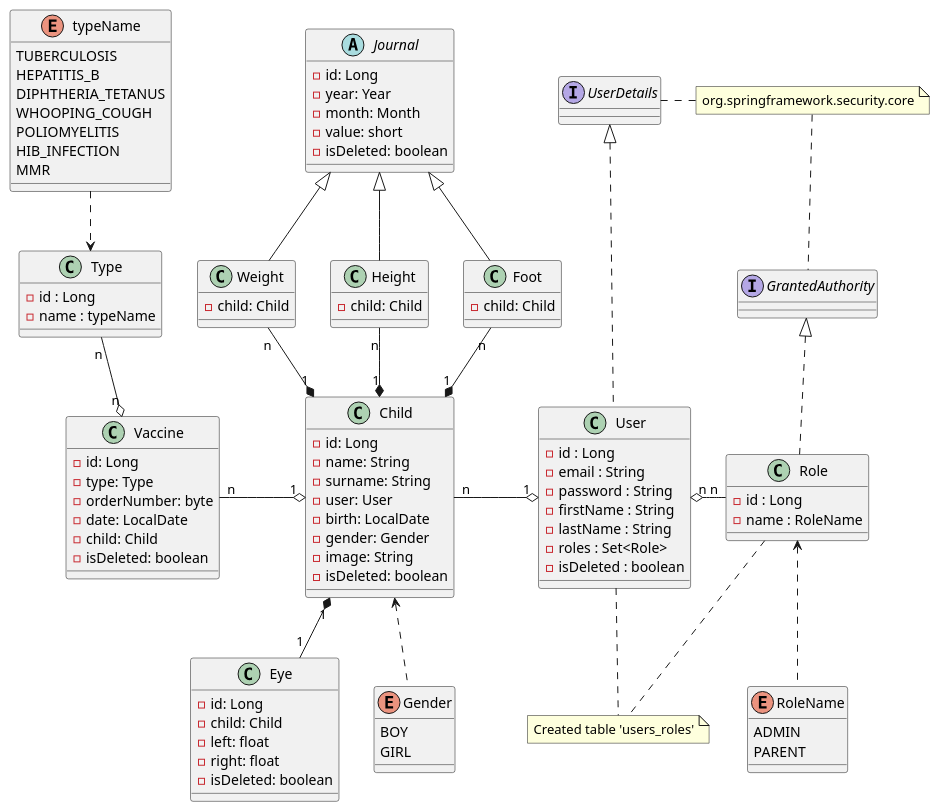
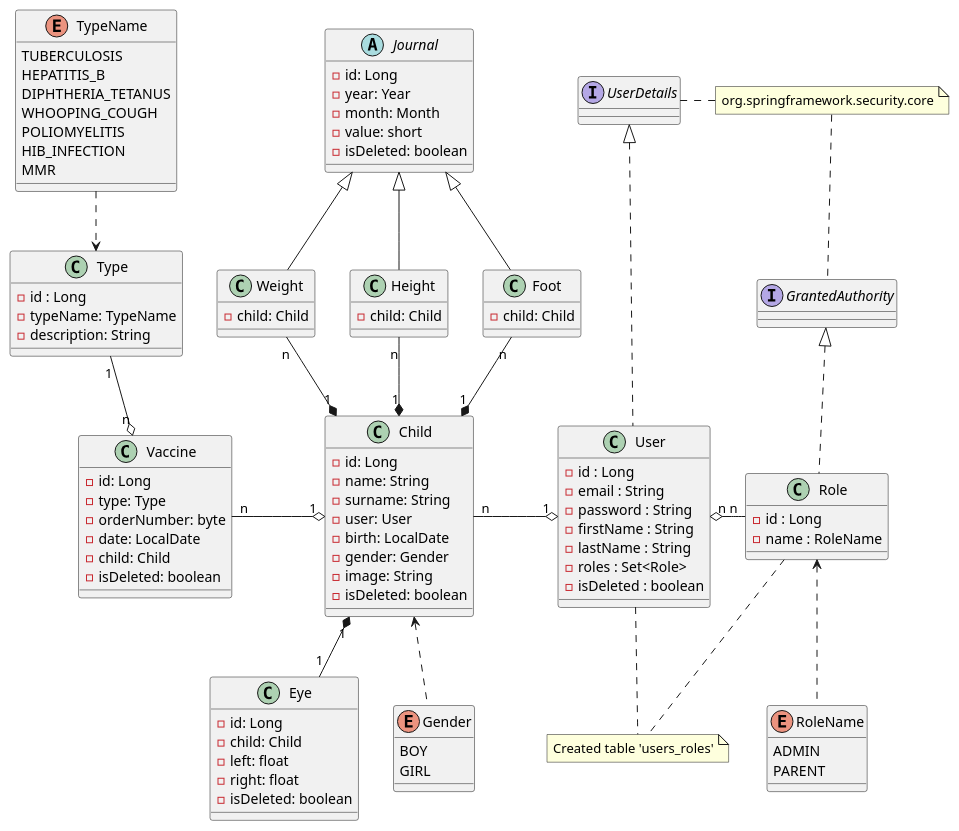
One commit to fe-july-91/kidti changed the diagram in modelUML.puml. Above: the diagram before and after it, drawn with PlantUML. The commit also changed 10 other files, not shown here.

```diff
--- a/modelUML.puml
+++ b/modelUML.puml
@@ -1,121 +1,122 @@
 @startuml
 'https://plantuml.com/class-diagram
 
 interface UserDetails
 interface GrantedAuthority
 
 class User {
 - id : Long
 - email : String
 - password : String
 - firstName : String
 - lastName : String
 - roles : Set<Role>
 - isDeleted : boolean
 }
 
 class Role {
 - id : Long
 - name : RoleName
 }
 
 enum RoleName {
 ADMIN
 PARENT
 }
 
 class Child {
 - id: Long
 - name: String
 - surname: String
 - user: User
 - birth: LocalDate
 - gender: Gender
 - image: String
 - isDeleted: boolean
 }
 
 class Eye {
 - id: Long
 - child: Child
 - left: float
 - right: float
 - isDeleted: boolean
 }
 
 enum Gender {
 BOY
 GIRL
 }
 
 abstract class Journal {
 - id: Long
 - year: Year
 - month: Month
 - value: short
 - isDeleted: boolean
 }
 
 class Weight {
 - child: Child
 }
 
 class Height {
 - child: Child
 }
 
 class Foot {
 - child: Child
 }
 
 class Type {
 - id : Long
-- name : typeName
+- typeName: TypeName
+- description: String
 }
 
-enum typeName {
+enum TypeName {
 TUBERCULOSIS
 HEPATITIS_B
 DIPHTHERIA_TETANUS
 WHOOPING_COUGH
 POLIOMYELITIS
 HIB_INFECTION
 MMR
 }
 
 class Vaccine {
 - id: Long
 - type: Type
 - orderNumber: byte
 - date: LocalDate
 - child: Child
 - isDeleted: boolean
 }
 
 Journal <|-- Weight
 Journal <|-- Height
 Journal <|-- Foot
 Weight "n" --* "1" Child
 Height "n" --* "1" Child
 Foot "n" --* "1" Child
-Type "n" --o "n" Vaccine
+Type "1" --o "n" Vaccine
 Vaccine "n" -o "1" Child
 Child "1" *-- "1" Eye
 Child "n" -o "1" User
 User "n" o- "n" Role
 UserDetails <|.. User
 GrantedAuthority <|.. Role
 
 note "org.springframework.security.core" as MyNote
 MyNote .. GrantedAuthority
 UserDetails . MyNote
 
 note "Created table 'users_roles'" as MyNote2
 User .. MyNote2
 Role .. MyNote2
 
 Role <.. RoleName
-typeName ..>Type
+TypeName ..>Type
 Child <..Gender
 
 @enduml
```
